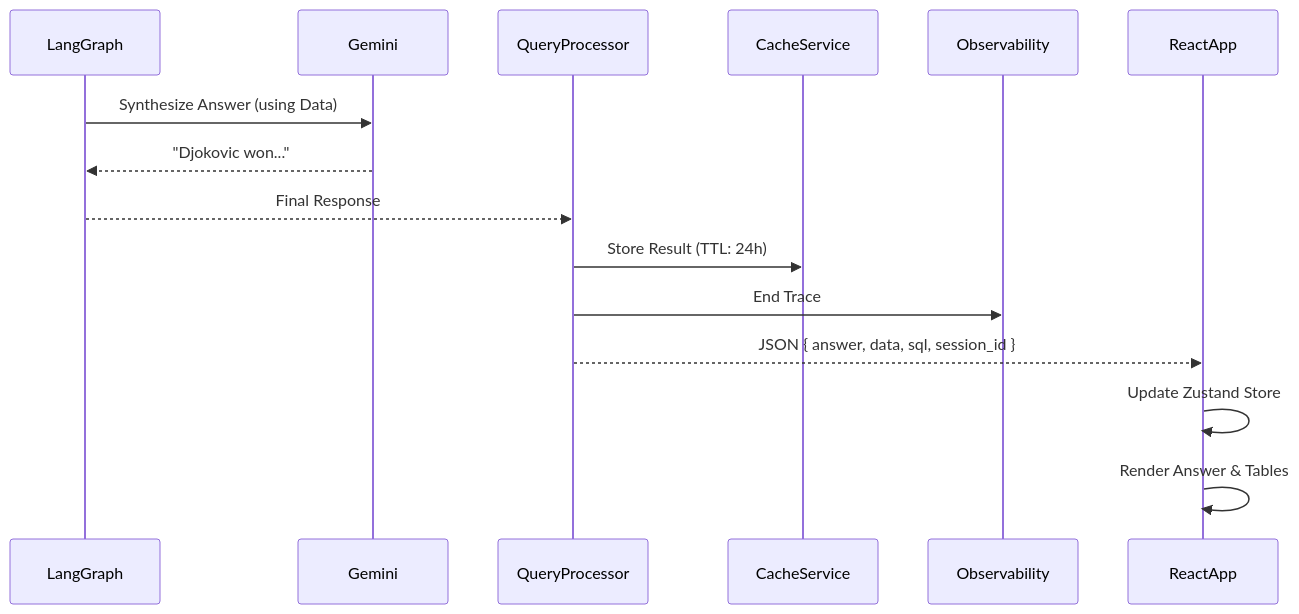
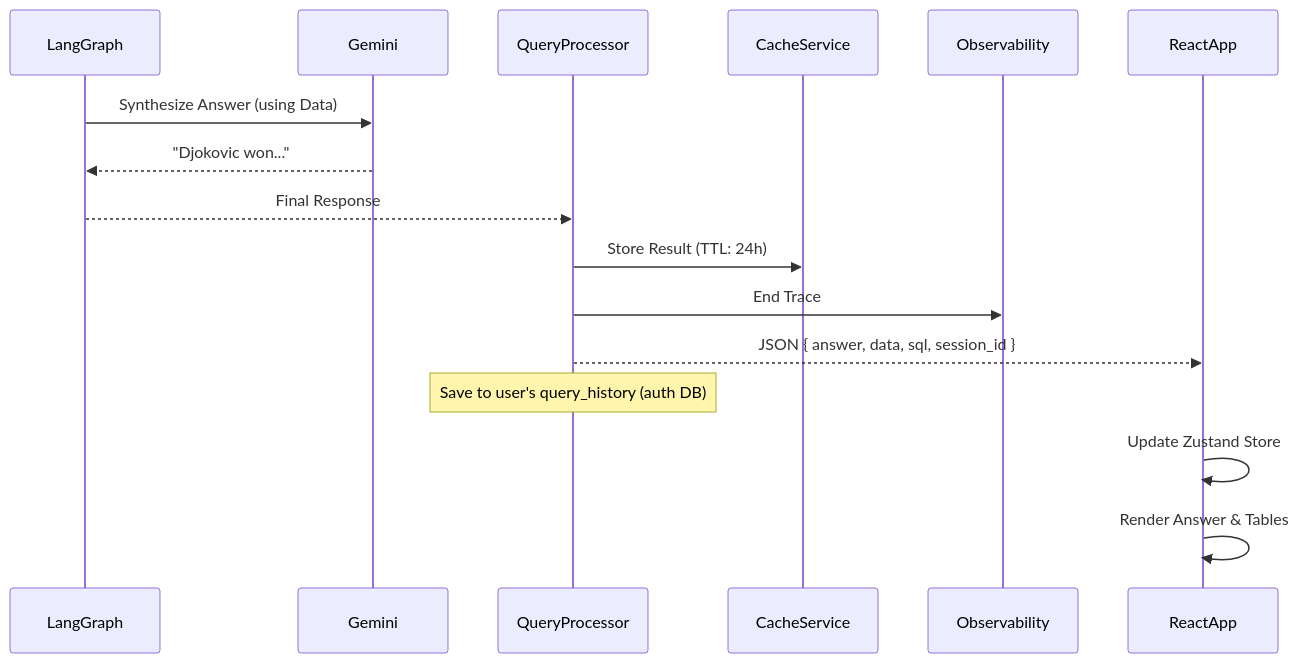
Before and after one commit to Ajit-KBehera/AskTennis_React_FastAPI: the fifth of 5 diagrams in docs_new/02_Data_Flow.md, drawn with Mermaid. The commit also changed other lines of this file and 8 other files, not shown here.

````diff
--- a/docs_new/02_Data_Flow.md
+++ b/docs_new/02_Data_Flow.md
@@ -220,18 +221,19 @@
 ```mermaid
 sequenceDiagram
     participant LangGraph
     participant Gemini
     participant QueryProcessor
     participant CacheService
     participant Observability
     participant ReactApp
     
     LangGraph->>Gemini: Synthesize Answer (using Data)
     Gemini-->>LangGraph: "Djokovic won..."
     LangGraph-->>QueryProcessor: Final Response
     QueryProcessor->>CacheService: Store Result (TTL: 24h)
     QueryProcessor->>Observability: End Trace
     QueryProcessor-->>ReactApp: JSON { answer, data, sql, session_id }
+    Note over QueryProcessor: Save to user's query_history (auth DB)
     ReactApp->>ReactApp: Update Zustand Store
     ReactApp->>ReactApp: Render Answer & Tables
 ```
````
